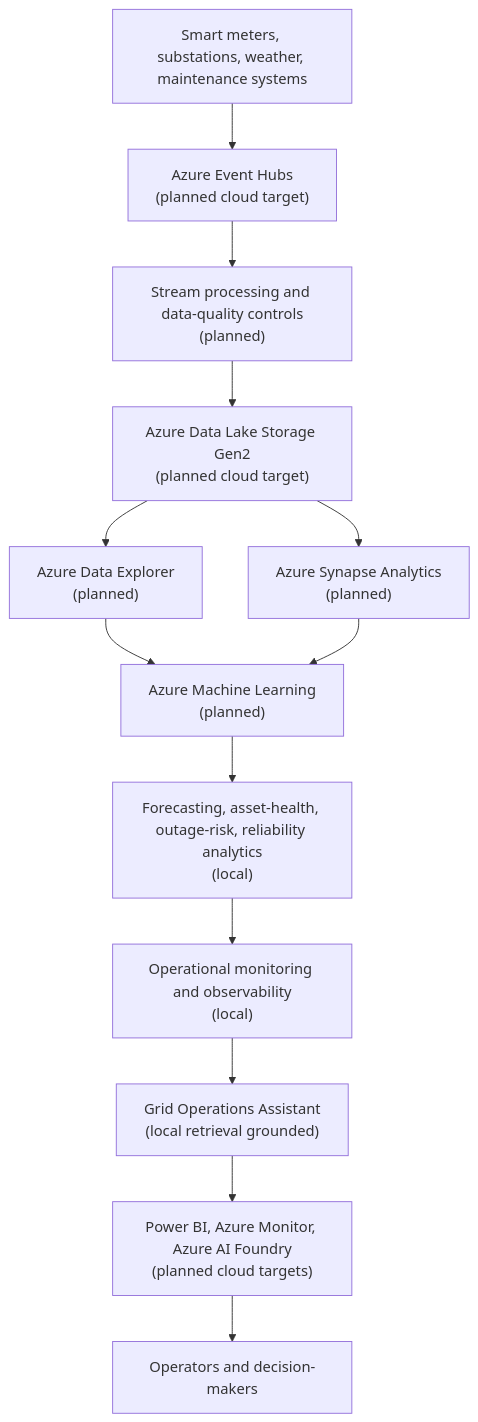
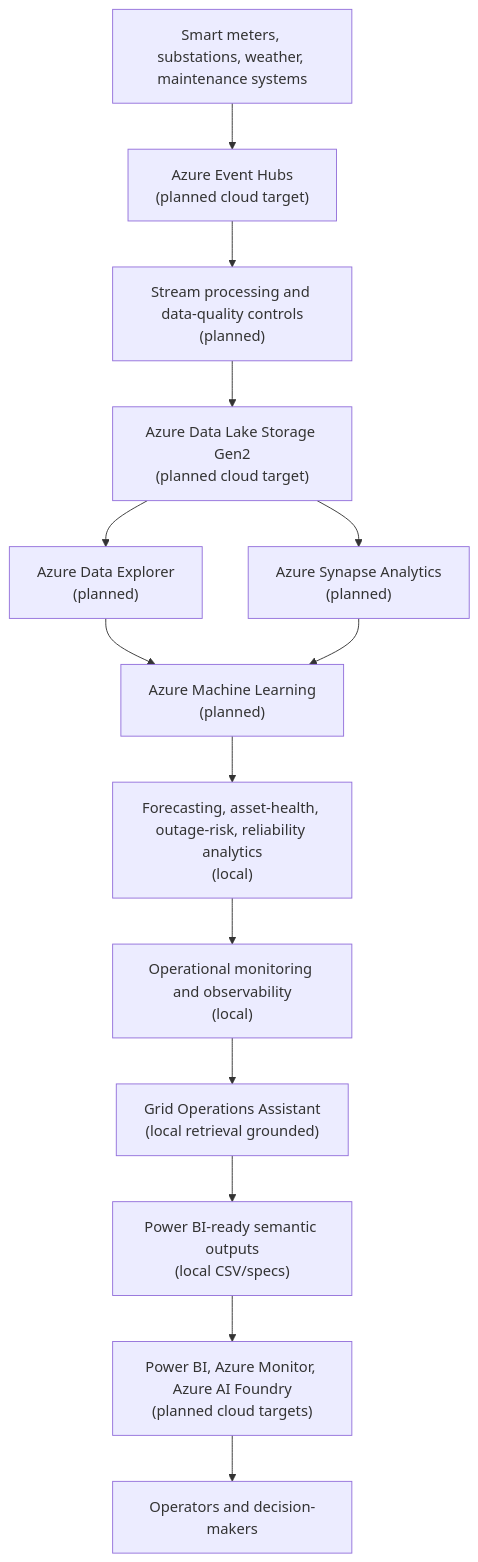
The diagram in README.md (Ibraheemolasupogit/azure-grid-reliability-intelligence-platform), drawn with Mermaid before and after one commit. The commit also changed other lines of this file and 50 other files, not shown here.

Commit message:
Add Power BI-ready reporting semantic layer

````diff
--- a/README.md
+++ b/README.md
@@ -28,22 +28,23 @@
 ```mermaid
 flowchart TD
     sources["Smart meters, substations, weather, maintenance systems"]
     event_hubs["Azure Event Hubs<br/>(planned cloud target)"]
     stream["Stream processing and data-quality controls<br/>(planned)"]
     lake["Azure Data Lake Storage Gen2<br/>(planned cloud target)"]
     adx["Azure Data Explorer<br/>(planned)"]
     synapse["Azure Synapse Analytics<br/>(planned)"]
     aml["Azure Machine Learning<br/>(planned)"]
     intelligence["Forecasting, asset-health, outage-risk, reliability analytics<br/>(local)"]
     monitoring["Operational monitoring and observability<br/>(local)"]
     assistant["Grid Operations Assistant<br/>(local retrieval grounded)"]
+    reporting["Power BI-ready semantic outputs<br/>(local CSV/specs)"]
     operations["Power BI, Azure Monitor, Azure AI Foundry<br/>(planned cloud targets)"]
     users["Operators and decision-makers"]
 
     sources --> event_hubs --> stream --> lake
     lake --> adx
     lake --> synapse
     adx --> aml
     synapse --> aml
-    aml --> intelligence --> monitoring --> assistant --> operations --> users
+    aml --> intelligence --> monitoring --> assistant --> reporting --> operations --> users
 ```
````
